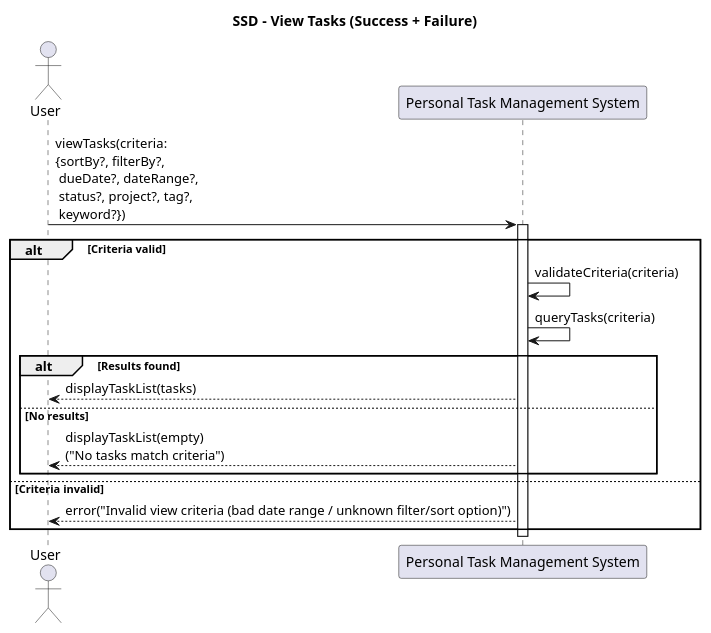
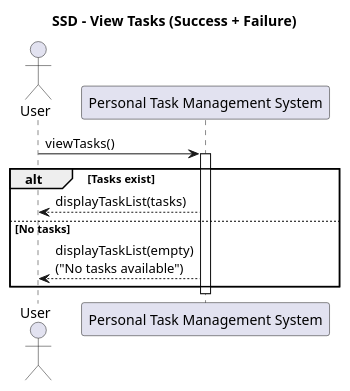
The diagram in Iteration_01/SSD/view_task_ssd.plantuml (t-mandam/SOEN_342_Group_Project), drawn with PlantUML before and after one commit.

```diff
--- a/Iteration_01/SSD/view_task_ssd.plantuml
+++ b/Iteration_01/SSD/view_task_ssd.plantuml
@@ -1,23 +1,18 @@
 @startuml
 title SSD - View Tasks (Success + Failure)
 
 actor User
 participant "Personal Task Management System" as System
 
-User -> System: viewTasks(criteria:\n{sortBy?, filterBy?,\n dueDate?, dateRange?,\n status?, project?, tag?,\n keyword?})
+User -> System: viewTasks()
 activate System
 
-alt Criteria valid
-  System -> System: validateCriteria(criteria)
-  System -> System: queryTasks(criteria)
-  alt Results found
+alt Tasks exist
     System --> User: displayTaskList(tasks)
-  else No results
-    System --> User: displayTaskList(empty)  \n("No tasks match criteria")
-  end
-else Criteria invalid
-  System --> User: error("Invalid view criteria (bad date range / unknown filter/sort option)")
+else No tasks
+    System --> User: displayTaskList(empty)\n("No tasks available")
 end
 
 deactivate System
+
 @enduml
```
